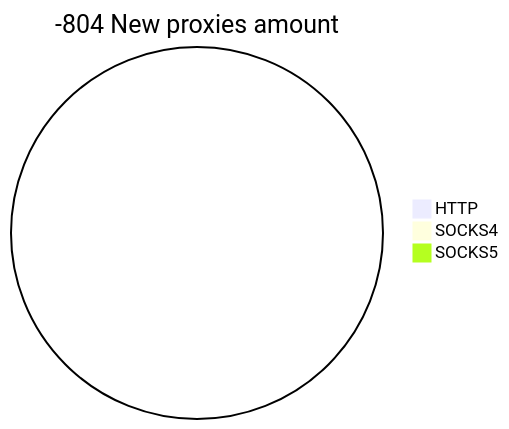
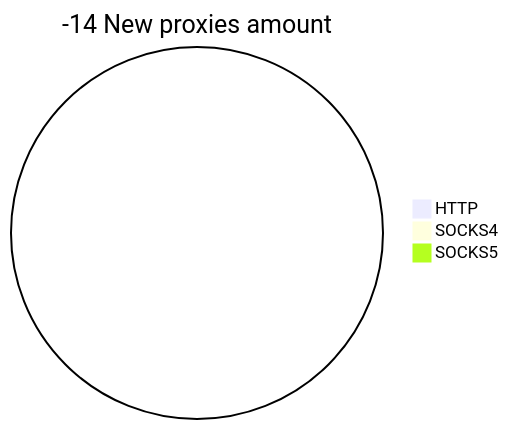
Before and after one commit to cutipu/proxylist: the second of 2 diagrams in README.md, drawn with Mermaid. The commit also changed other lines of this file, not shown here.

````diff
--- a/README.md
+++ b/README.md
@@ -10,6 +10,6 @@
 ```mermaid
-pie title -804 New proxies amount
+pie title -14 New proxies amount
     "HTTP" : 0
     "SOCKS4" : 0
     "SOCKS5" : 0
 ```
````
